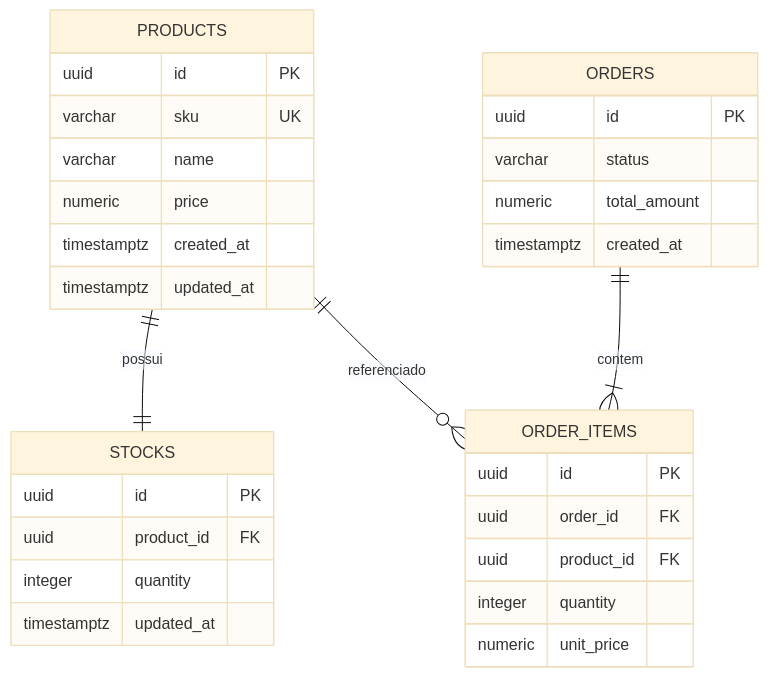
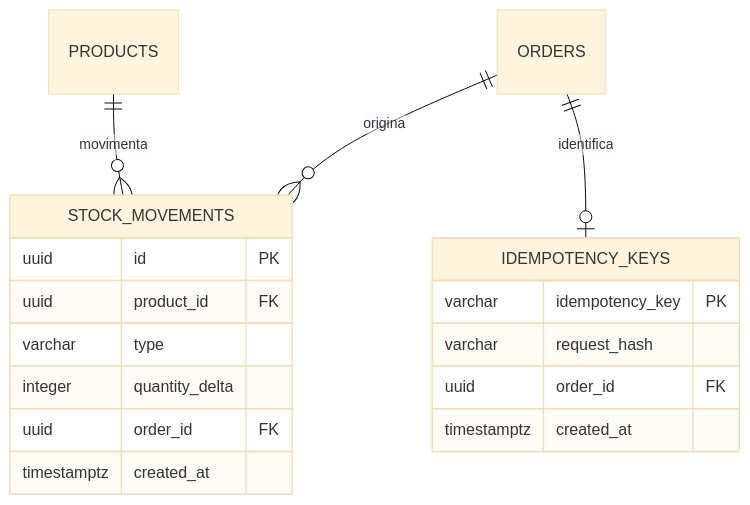
The fourth of 4 diagrams in README.md (nevvesdev/inventory-guard), drawn with Mermaid (base theme) before and after one commit. The commit also changed other lines of this file, not shown here.

````diff
--- a/README.md
+++ b/README.md
@@ -128,33 +169,20 @@
 ```mermaid
 erDiagram
-    PRODUCTS ||--|| STOCKS : possui
-    PRODUCTS ||--o{ ORDER_ITEMS : referenciado
-    ORDERS ||--|{ ORDER_ITEMS : contem
-    PRODUCTS {
-        uuid id PK
-        varchar sku UK
-        varchar name
-        numeric price
-        timestamptz created_at
-        timestamptz updated_at
-    }
-    STOCKS {
+    PRODUCTS ||--o{ STOCK_MOVEMENTS : movimenta
+    ORDERS ||--o{ STOCK_MOVEMENTS : origina
+    ORDERS ||--o| IDEMPOTENCY_KEYS : identifica
+    STOCK_MOVEMENTS {
         uuid id PK
         uuid product_id FK
-        integer quantity
-        timestamptz updated_at
-    }
-    ORDERS {
-        uuid id PK
-        varchar status
-        numeric total_amount
+        varchar type
+        integer quantity_delta
+        uuid order_id FK
         timestamptz created_at
     }
-    ORDER_ITEMS {
-        uuid id PK
+    IDEMPOTENCY_KEYS {
+        varchar idempotency_key PK
+        varchar request_hash
         uuid order_id FK
-        uuid product_id FK
-        integer quantity
-        numeric unit_price
+        timestamptz created_at
     }
 ```
````
